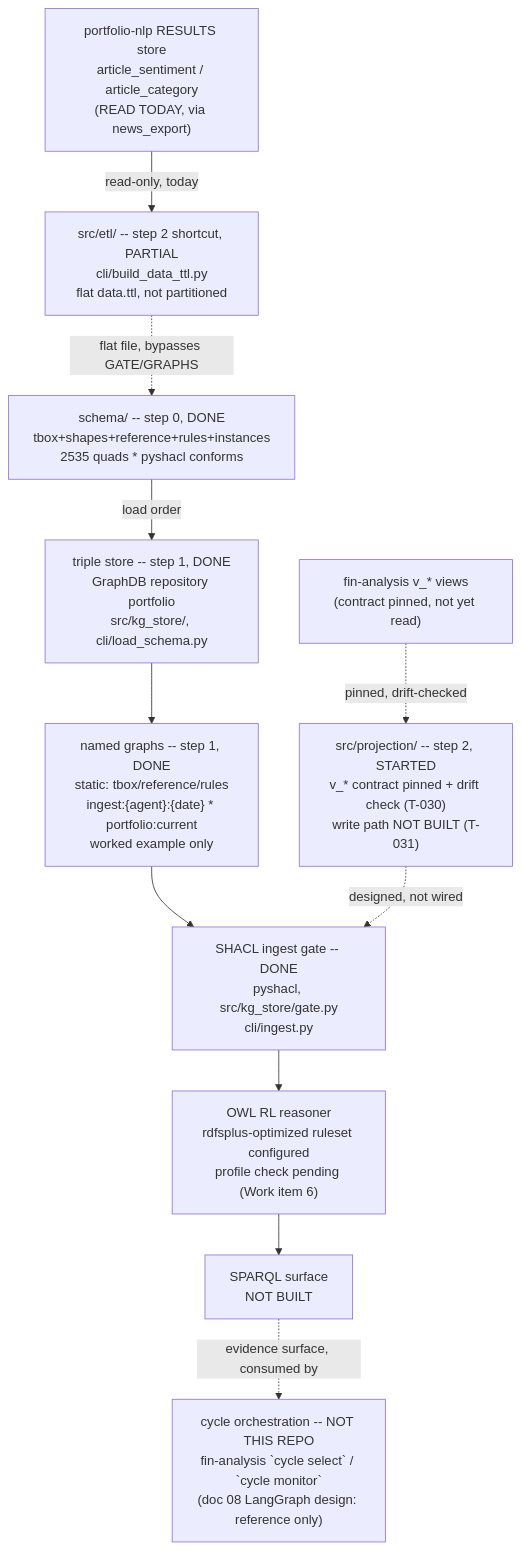
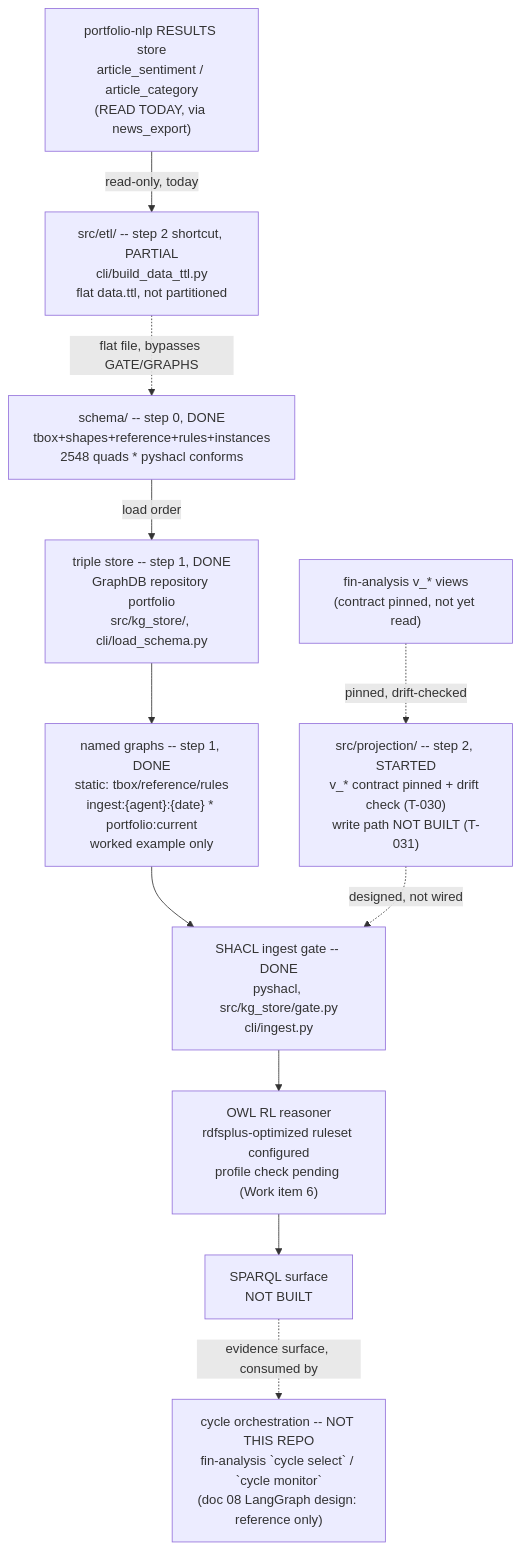
The diagram in .specify/memory/SPEC.md (gamug/portfolio-knowledge-graph), drawn with Mermaid before and after one commit. The commit also changed other lines of this file and 11 other files, not shown here.

First line of the commit message:
fix(schema): date per-run schemes by cycleDate and place them (PR #65 review)

````diff
--- a/.specify/memory/SPEC.md
+++ b/.specify/memory/SPEC.md
@@ -484,22 +484,22 @@
 ```mermaid
 flowchart TB
-    SCHEMA["schema/ -- step 0, DONE<br/>tbox+shapes+reference+rules+instances<br/>2535 quads * pyshacl conforms"]
+    SCHEMA["schema/ -- step 0, DONE<br/>tbox+shapes+reference+rules+instances<br/>2548 quads * pyshacl conforms"]
     STORE["triple store -- step 1, DONE<br/>GraphDB repository portfolio<br/>src/kg_store/, cli/load_schema.py"]
     GRAPHS["named graphs -- step 1, DONE<br/>static: tbox/reference/rules<br/>ingest:{agent}:{date} * portfolio:current<br/>worked example only"]
     GATE["SHACL ingest gate -- DONE<br/>pyshacl, src/kg_store/gate.py<br/>cli/ingest.py"]
     PROJ["src/projection/ -- step 2, STARTED<br/>v_* contract pinned + drift check (T-030)<br/>write path NOT BUILT (T-031)"]
     FIN["fin-analysis v_* views<br/>(contract pinned, not yet read)"]
     NLPRES["portfolio-nlp RESULTS store<br/>article_sentiment / article_category<br/>(READ TODAY, via news_export)"]
     ETL["src/etl/ -- step 2 shortcut, PARTIAL<br/>cli/build_data_ttl.py<br/>flat data.ttl, not partitioned"]
     REASON["OWL RL reasoner<br/>rdfsplus-optimized ruleset configured<br/>profile check pending (Work item 6)"]
     SPARQL["SPARQL surface<br/>NOT BUILT"]
     AGENTS["cycle orchestration -- NOT THIS REPO<br/>fin-analysis `cycle select` / `cycle monitor`<br/>(doc 08 LangGraph design: reference only)"]
 
     SCHEMA -->|load order| STORE --> GRAPHS --> GATE
     FIN -.->|pinned, drift-checked| PROJ
     PROJ -.->|designed, not wired| GATE
     NLPRES -->|read-only, today| ETL
     ETL -.->|flat file, bypasses GATE/GRAPHS| SCHEMA
     GATE --> REASON --> SPARQL
     SPARQL -.->|evidence surface, consumed by| AGENTS
 ```
````
